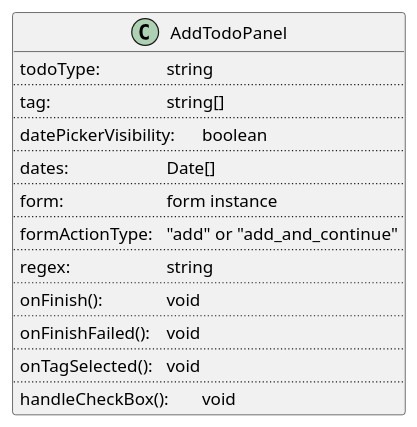
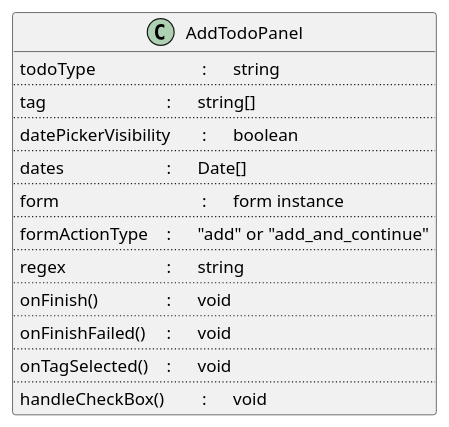
One commit to avasoft-mobility/workday-design changed the diagram in frontend/components/add_todo_panel/add_todo_panel.class.puml. Above: the diagram before and after it, drawn with PlantUML. The commit also changed 3 other files, not shown here.

```diff
--- a/frontend/components/add_todo_panel/add_todo_panel.class.puml
+++ b/frontend/components/add_todo_panel/add_todo_panel.class.puml
@@ -1,26 +1,26 @@
 @startuml AddTodoPanel
 
 class AddTodoPanel {
-    todoType: \t\t string
+    todoType\t\t\t : \tstring
     ..
-    tag: \t\t\t\t string[]
+    tag\t\t\t\t : \tstring[]
     ..
-    datePickerVisibility: \t boolean
+    datePickerVisibility\t : \tboolean
     ..
-    dates: \t\t\t Date[]
+    dates\t\t\t : \tDate[]
     ..
-    form: \t\t\t form instance
+    form\t\t\t\t : \tform instance
     ..
-    formActionType: \t "add" or "add_and_continue"
+    formActionType\t : \t"add" or "add_and_continue"
     ..
-    regex: \t\t\t string
+    regex\t\t\t : \tstring
     ..
-    onFinish(): \t\t void
+    onFinish()\t\t : \tvoid
     ..
-    onFinishFailed(): \t void
+    onFinishFailed()\t : \tvoid
     ..
-    onTagSelected(): \t void
+    onTagSelected()\t : \tvoid
     ..
-    handleCheckBox(): \t void
+    handleCheckBox()\t : \tvoid
 }
 @enduml
```
